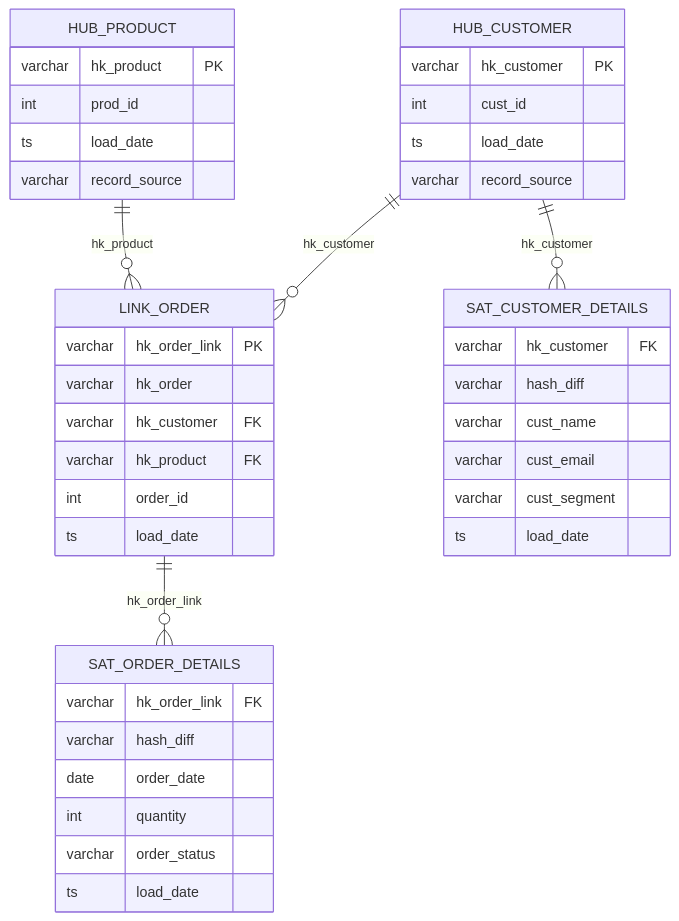
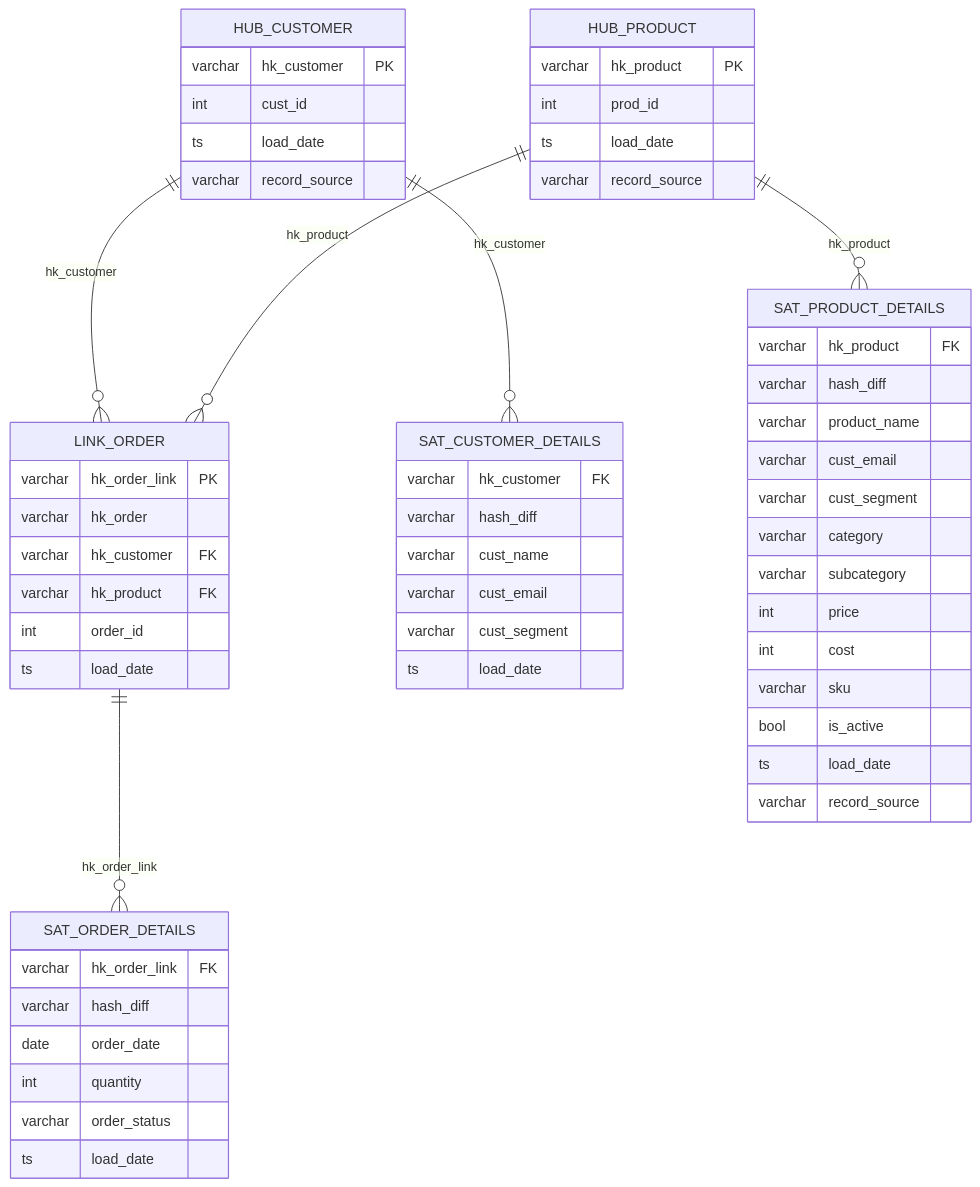
One commit to mkarkour/ModelFlow changed the first of 3 diagrams in modeling_walkthrough.md. Above: the diagram before and after it, drawn with Mermaid.

Commit message:
fix: update Data Vault ERD

````diff
--- a/modeling_walkthrough.md
+++ b/modeling_walkthrough.md
@@ -85,43 +85,59 @@
 ```mermaid
 erDiagram
     HUB_CUSTOMER {
         varchar hk_customer PK
         int     cust_id
         ts      load_date
         varchar record_source
     }
     HUB_PRODUCT {
         varchar hk_product PK
         int     prod_id
         ts      load_date
         varchar record_source
     }
     LINK_ORDER {
         varchar hk_order_link PK
         varchar hk_order
         varchar hk_customer   FK
         varchar hk_product    FK
         int     order_id
         ts      load_date
     }
     SAT_CUSTOMER_DETAILS {
         varchar hk_customer   FK
         varchar hash_diff
         varchar cust_name
         varchar cust_email
         varchar cust_segment
         ts      load_date
     }
+    SAT_PRODUCT_DETAILS {
+        varchar hk_product   FK
+        varchar hash_diff
+        varchar product_name
+        varchar cust_email
+        varchar cust_segment
+        varchar category
+        varchar subcategory
+        int     price
+        int     cost
+        varchar sku
+        bool    is_active
+        ts      load_date
+        varchar record_source
+    }
     SAT_ORDER_DETAILS {
         varchar hk_order_link FK
         varchar hash_diff
         date    order_date
         int     quantity
         varchar order_status
         ts      load_date
     }
     HUB_CUSTOMER ||--o{ LINK_ORDER : "hk_customer"
     HUB_PRODUCT  ||--o{ LINK_ORDER : "hk_product"
     HUB_CUSTOMER ||--o{ SAT_CUSTOMER_DETAILS : "hk_customer"
+    HUB_PRODUCT  ||--o{ SAT_PRODUCT_DETAILS : "hk_product"
     LINK_ORDER   ||--o{ SAT_ORDER_DETAILS : "hk_order_link"
 ```
````
